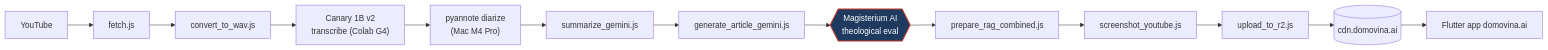
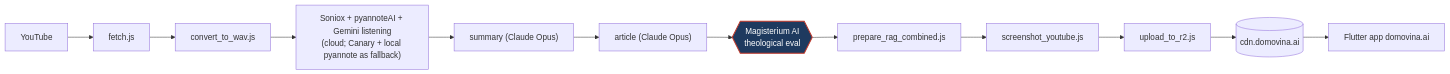
One commit to domovinatv/fetch.domovina.tv changed the first of 4 diagrams in docs/magisterium_ai_integration.md. Above: the diagram before and after it, drawn with Mermaid. The commit also changed other lines of this file and 6 other files, not shown here.

First line of the commit message:
docs(pipeline): mermaid dijagrami usklađeni sa stanjem od 24.10.

````diff
--- a/docs/magisterium_ai_integration.md
+++ b/docs/magisterium_ai_integration.md
@@ -30,16 +37,15 @@
 ```mermaid
 flowchart LR
   YT[YouTube] --> F[fetch.js]
   F --> W[convert_to_wav.js]
-  W --> C["Canary 1B v2<br/>transcribe (Colab G4)"]
-  C --> D["pyannote diarize<br/>(Mac M4 Pro)"]
-  D --> S[summarize_gemini.js]
-  S --> A[generate_article_gemini.js]
+  W --> C["Soniox + pyannoteAI + Gemini listening<br/>(cloud; Canary + local pyannote as fallback)"]
+  C --> S["summary (Claude Opus)"]
+  S --> A["article (Claude Opus)"]
   A --> M{{"Magisterium AI<br/>theological eval"}}
   M --> R[prepare_rag_combined.js]
   R --> SC[screenshot_youtube.js]
   SC --> U[upload_to_r2.js]
   U --> CDN[(cdn.domovina.ai)]
   CDN --> FL[Flutter app domovina.ai]
   style M fill:#1e3a5f,color:#fff,stroke:#c0392b,stroke-width:2px
 ```
````
